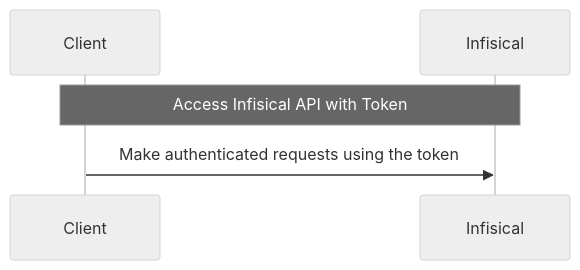
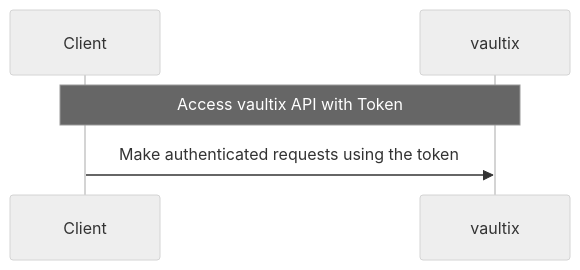
Before and after one commit to shippinAI/vaultix: the diagram in core/docs/documentation/platform/identities/token-auth.mdx, drawn with Mermaid (neutral theme). The commit also changed other lines of this file and 1202 other files, not shown here.

````diff
--- a/core/docs/documentation/platform/identities/token-auth.mdx
+++ b/core/docs/documentation/platform/identities/token-auth.mdx
@@ -12,9 +12,9 @@
 ```mermaid
 sequenceDiagram
   participant Client as Client
-  participant Infis as Infisical
+  participant Infis as vaultix
 
-  Note over Client,Infis: Access Infisical API with Token
+  Note over Client,Infis: Access vaultix API with Token
   Client->>Infis: Make authenticated requests using the token
 
 ```
````
